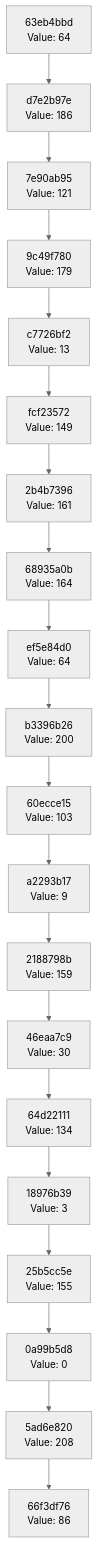
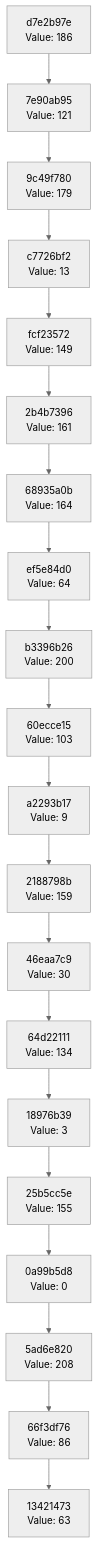
The diagram in docs/CHAIN_VISUALIZATION.md (Abhisheksinha1506/hash-chain-evolver), drawn with Mermaid (neutral theme) before and after one commit. The commit also changed 3 other files, not shown here.

````diff
--- a/docs/CHAIN_VISUALIZATION.md
+++ b/docs/CHAIN_VISUALIZATION.md
@@ -3,42 +3,42 @@
 ```mermaid
 graph TD
-    C0["66f3df76<br/>Value: 86"]
-    C1["5ad6e820<br/>Value: 208"]
+    C0["13421473<br/>Value: 63"]
+    C1["66f3df76<br/>Value: 86"]
     C1 --> C0
-    C2["0a99b5d8<br/>Value: 0"]
+    C2["5ad6e820<br/>Value: 208"]
     C2 --> C1
-    C3["25b5cc5e<br/>Value: 155"]
+    C3["0a99b5d8<br/>Value: 0"]
     C3 --> C2
-    C4["18976b39<br/>Value: 3"]
+    C4["25b5cc5e<br/>Value: 155"]
     C4 --> C3
-    C5["64d22111<br/>Value: 134"]
+    C5["18976b39<br/>Value: 3"]
     C5 --> C4
-    C6["46eaa7c9<br/>Value: 30"]
+    C6["64d22111<br/>Value: 134"]
     C6 --> C5
-    C7["2188798b<br/>Value: 159"]
+    C7["46eaa7c9<br/>Value: 30"]
     C7 --> C6
-    C8["a2293b17<br/>Value: 9"]
+    C8["2188798b<br/>Value: 159"]
     C8 --> C7
-    C9["60ecce15<br/>Value: 103"]
+    C9["a2293b17<br/>Value: 9"]
     C9 --> C8
-    C10["b3396b26<br/>Value: 200"]
+    C10["60ecce15<br/>Value: 103"]
     C10 --> C9
-    C11["ef5e84d0<br/>Value: 64"]
+    C11["b3396b26<br/>Value: 200"]
     C11 --> C10
-    C12["68935a0b<br/>Value: 164"]
+    C12["ef5e84d0<br/>Value: 64"]
     C12 --> C11
-    C13["2b4b7396<br/>Value: 161"]
+    C13["68935a0b<br/>Value: 164"]
     C13 --> C12
-    C14["fcf23572<br/>Value: 149"]
+    C14["2b4b7396<br/>Value: 161"]
     C14 --> C13
-    C15["c7726bf2<br/>Value: 13"]
+    C15["fcf23572<br/>Value: 149"]
     C15 --> C14
-    C16["9c49f780<br/>Value: 179"]
+    C16["c7726bf2<br/>Value: 13"]
     C16 --> C15
-    C17["7e90ab95<br/>Value: 121"]
+    C17["9c49f780<br/>Value: 179"]
     C17 --> C16
-    C18["d7e2b97e<br/>Value: 186"]
+    C18["7e90ab95<br/>Value: 121"]
     C18 --> C17
-    C19["63eb4bbd<br/>Value: 64"]
+    C19["d7e2b97e<br/>Value: 186"]
     C19 --> C18
 ```
````
